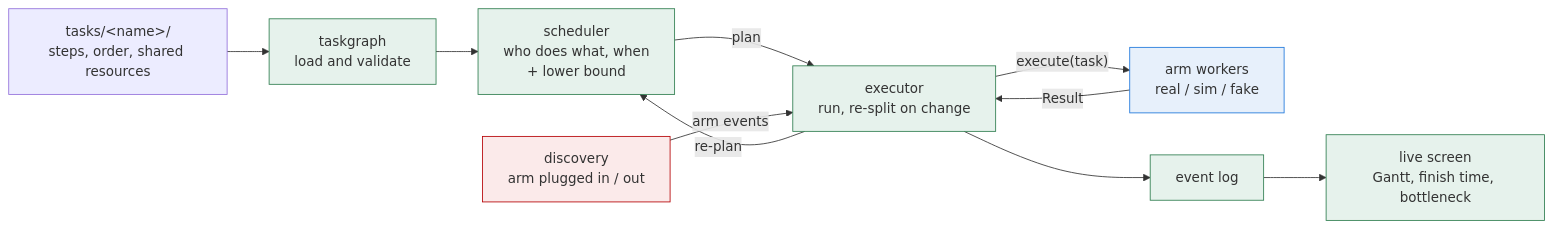
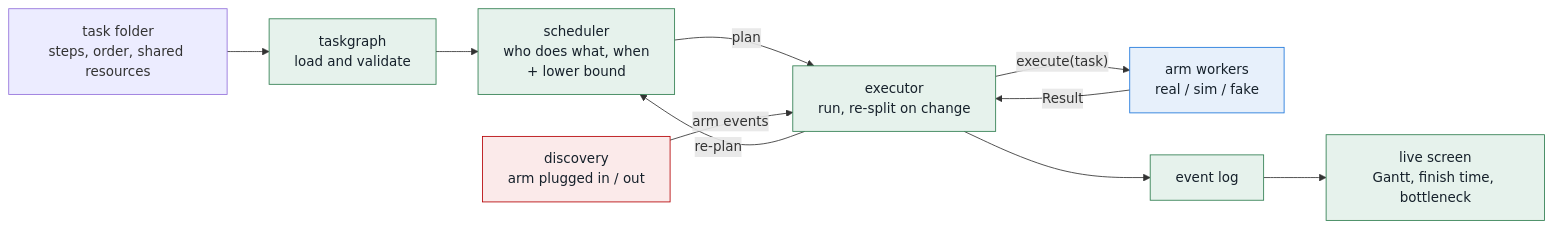
One commit to termvato/HFTeamA changed the diagram in docs/README.md. Above: the diagram before and after it, drawn with Mermaid. The commit also changed 1 other file, not shown here.

Commit message:
Show the architecture diagram on the repo front page (README)

````diff
--- a/docs/README.md
+++ b/docs/README.md
@@ -11,19 +11,19 @@
 ```mermaid
 flowchart LR
-    T["tasks/&lt;name&gt;/<br/>steps, order, shared resources"] --> G["taskgraph<br/>load and validate"]
+    T["task folder<br/>steps, order, shared resources"] --> G["taskgraph<br/>load and validate"]
     G --> S["scheduler<br/>who does what, when<br/>+ lower bound"]
     S -- plan --> E["executor<br/>run, re-split on change"]
     E -- re-plan --> S
     E -- "execute(task)" --> W["arm workers<br/>real / sim / fake"]
     W -- Result --> E
     D["discovery<br/>arm plugged in / out"] -- arm events --> E
     E --> L["event log"]
     L --> V["live screen<br/>Gantt, finish time, bottleneck"]
 
-    classDef ops fill:#e6f2ec,stroke:#2e7d4f
-    classDef act fill:#e7f0fb,stroke:#1d76db
-    classDef hw fill:#fbeaea,stroke:#b60205
+    classDef ops fill:#e6f2ec,stroke:#2e7d4f,color:#16212b
+    classDef act fill:#e7f0fb,stroke:#1d76db,color:#16212b
+    classDef hw fill:#fbeaea,stroke:#b60205,color:#16212b
     class G,S,E,L,V ops
     class W act
     class D hw
 ```
````
